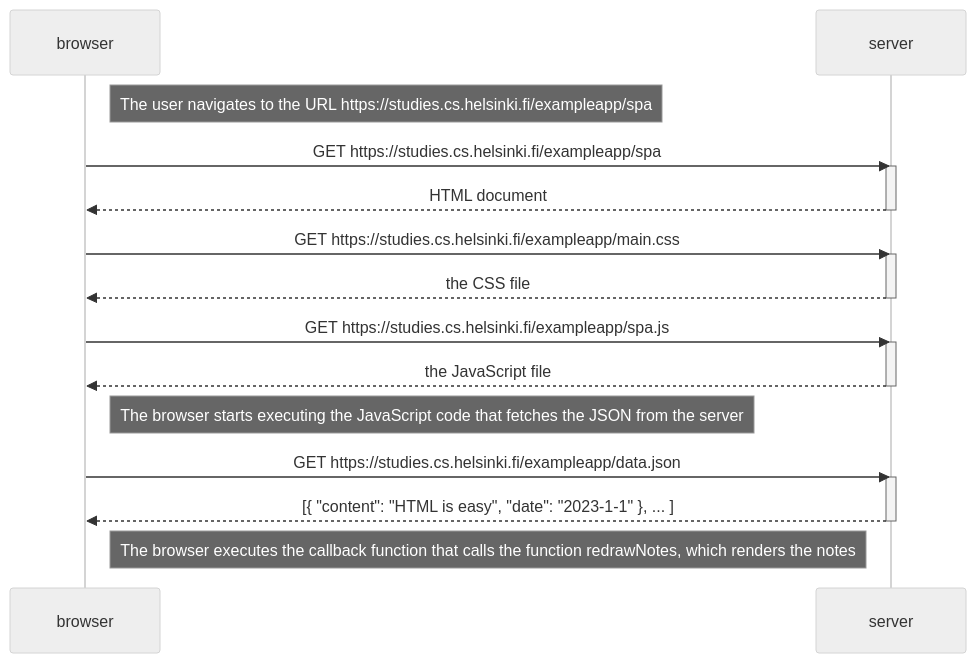
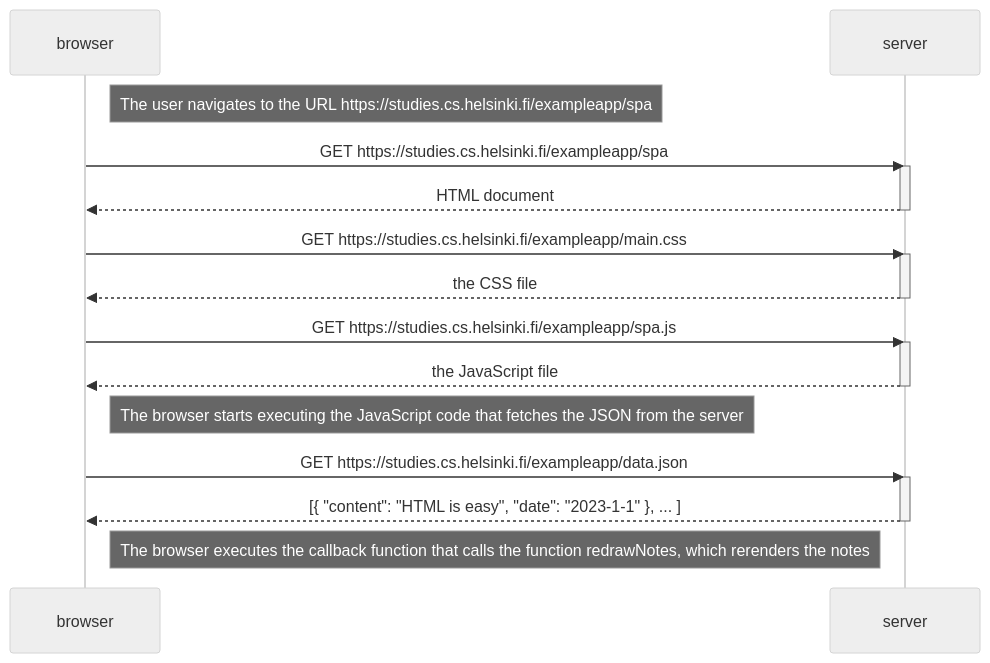
One commit to brandonscott4/full-stack-open changed the diagram in Part-0/0.5-single-page-app-diagram.md. Above: the diagram before and after it, drawn with Mermaid (neutral theme).

````diff
--- a/Part-0/0.5-single-page-app-diagram.md
+++ b/Part-0/0.5-single-page-app-diagram.md
@@ -1,30 +1,30 @@
 ```mermaid
 sequenceDiagram
 participant browser
 participant server
 
     Note right of browser: The user navigates to the URL https://studies.cs.helsinki.fi/exampleapp/spa
     browser->>server: GET https://studies.cs.helsinki.fi/exampleapp/spa
     activate server
     server-->>browser: HTML document
     deactivate server
 
     browser->>server: GET https://studies.cs.helsinki.fi/exampleapp/main.css
     activate server
     server-->>browser: the CSS file
     deactivate server
 
     browser->>server: GET https://studies.cs.helsinki.fi/exampleapp/spa.js
     activate server
     server-->>browser: the JavaScript file
     deactivate server
 
     Note right of browser: The browser starts executing the JavaScript code that fetches the JSON from the server
 
     browser->>server: GET https://studies.cs.helsinki.fi/exampleapp/data.json
     activate server
     server-->>browser: [{ "content": "HTML is easy", "date": "2023-1-1" }, ... ]
     deactivate server
 
-    Note right of browser: The browser executes the callback function that calls the function redrawNotes, which renders the notes
+    Note right of browser: The browser executes the callback function that calls the function redrawNotes, which rerenders the notes
 ```
````
